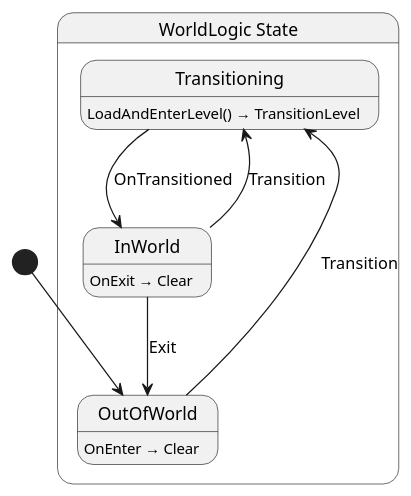
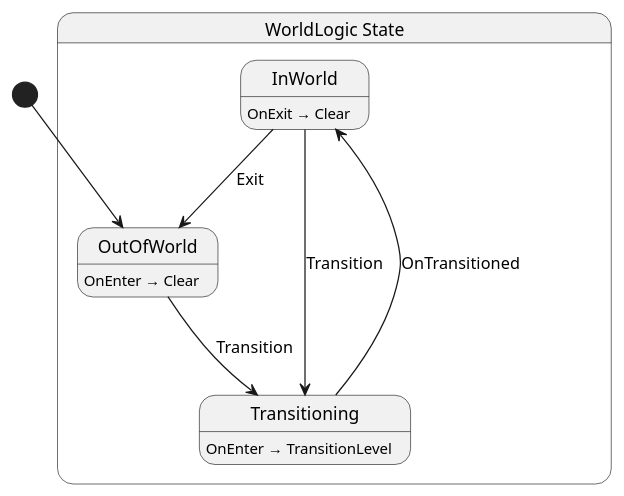
Before and after one commit to nilsiker/yolk: the diagram in Yolk.Logic/World/WorldLogic.g.puml, drawn with PlantUML. The commit also changed 18 other files, not shown here.

```diff
--- a/Yolk.Logic/World/WorldLogic.g.puml
+++ b/Yolk.Logic/World/WorldLogic.g.puml
@@ -1,18 +1,18 @@
 @startuml WorldLogic
 state "WorldLogic State" as Yolk_Level_WorldLogic_State {
-  state "Transitioning" as Yolk_Level_WorldLogic_State_Transitioning
   state "InWorld" as Yolk_Level_WorldLogic_State_InWorld
   state "OutOfWorld" as Yolk_Level_WorldLogic_State_OutOfWorld
+  state "Transitioning" as Yolk_Level_WorldLogic_State_Transitioning
 }
 
 Yolk_Level_WorldLogic_State_InWorld --> Yolk_Level_WorldLogic_State_OutOfWorld : Exit
 Yolk_Level_WorldLogic_State_InWorld --> Yolk_Level_WorldLogic_State_Transitioning : Transition
 Yolk_Level_WorldLogic_State_OutOfWorld --> Yolk_Level_WorldLogic_State_Transitioning : Transition
 Yolk_Level_WorldLogic_State_Transitioning --> Yolk_Level_WorldLogic_State_InWorld : OnTransitioned
 
 Yolk_Level_WorldLogic_State_InWorld : OnExit → Clear
 Yolk_Level_WorldLogic_State_OutOfWorld : OnEnter → Clear
-Yolk_Level_WorldLogic_State_Transitioning : LoadAndEnterLevel() → TransitionLevel
+Yolk_Level_WorldLogic_State_Transitioning : OnEnter → TransitionLevel
 
 [*] --> Yolk_Level_WorldLogic_State_OutOfWorld
 @enduml
```
